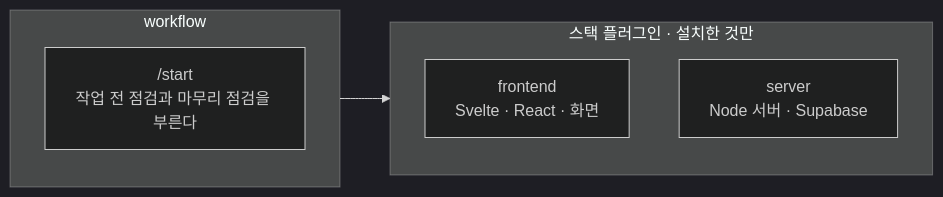
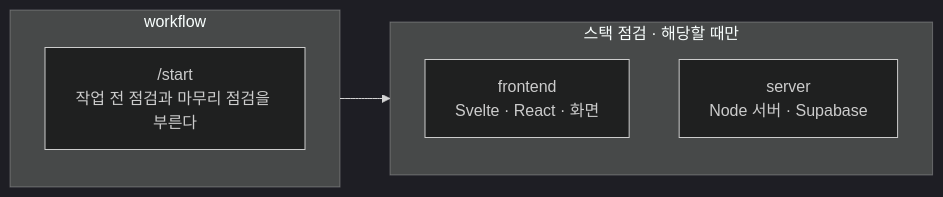
The second of 2 diagrams in README.md (JiHoon777/j-dev-kit), drawn with Mermaid (dark theme) before and after one commit. The commit also changed other lines of this file and 334 other files, not shown here.

````diff
--- a/README.md
+++ b/README.md
@@ -28,11 +27,11 @@
 ```mermaid
 flowchart LR
   subgraph wf["workflow"]
     S["/start<br/>작업 전 점검과 마무리 점검을 부른다"]
   end
-  subgraph stack["스택 플러그인 · 설치한 것만"]
+  subgraph stack["스택 점검 · 해당할 때만"]
     F["frontend<br/>Svelte · React · 화면"]
     V["server<br/>Node 서버 · Supabase"]
   end
   wf --> stack
 ```
````
